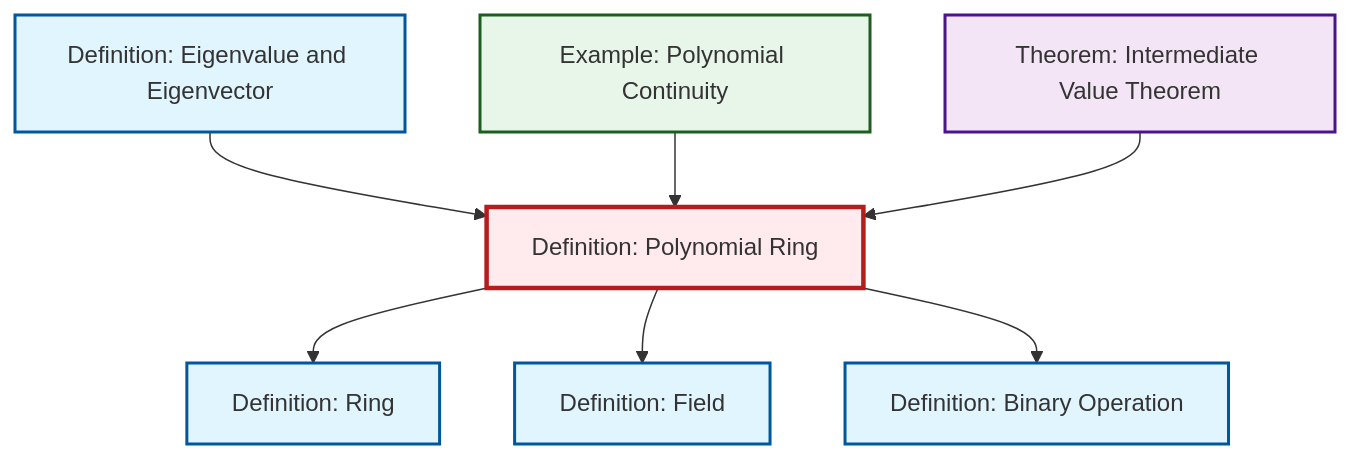
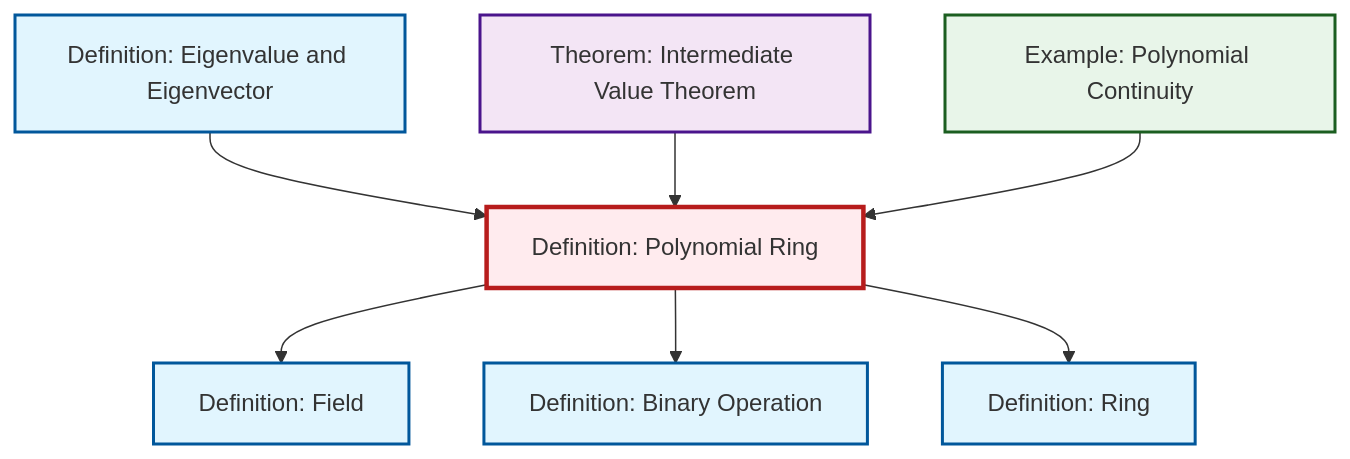
The diagram in content/ja/algebra/def-polynomial-ring.qmd (RK0429/ModernMath), drawn with Mermaid before and after one commit. The commit also changed other lines of this file and 581 other files, not shown here.

````diff
--- a/content/ja/algebra/def-polynomial-ring.qmd
+++ b/content/ja/algebra/def-polynomial-ring.qmd
@@ -94,29 +94,29 @@
 ```{mermaid}
 %%| fig-cap: "Local dependency graph"
 graph TD
     classDef definition fill:#e1f5fe,stroke:#01579b,stroke-width:2px
     classDef theorem fill:#f3e5f5,stroke:#4a148c,stroke-width:2px
     classDef axiom fill:#fff3e0,stroke:#e65100,stroke-width:2px
     classDef example fill:#e8f5e9,stroke:#1b5e20,stroke-width:2px
     classDef current fill:#ffebee,stroke:#b71c1c,stroke-width:3px
-    def-field["Definition: Field"]:::definition
+    def-binary-operation["Definition: Binary Operation"]:::definition
     def-ring["Definition: Ring"]:::definition
+    def-eigenvalue-eigenvector["Definition: Eigenvalue and Eigenvector"]:::definition
+    ex-polynomial-continuity["Example: Polynomial Continuity"]:::example
     def-polynomial-ring["Definition: Polynomial Ring"]:::definition
     thm-intermediate-value["Theorem: Intermediate Value Theorem"]:::theorem
-    def-binary-operation["Definition: Binary Operation"]:::definition
-    ex-polynomial-continuity["Example: Polynomial Continuity"]:::example
-    def-eigenvalue-eigenvector["Definition: Eigenvalue and Eigenvector"]:::definition
-    def-eigenvalue-eigenvector --> def-polynomial-ring
-    ex-polynomial-continuity --> def-polynomial-ring
-    def-polynomial-ring --> def-ring
+    def-field["Definition: Field"]:::definition
     def-polynomial-ring --> def-field
     def-polynomial-ring --> def-binary-operation
+    def-eigenvalue-eigenvector --> def-polynomial-ring
+    def-polynomial-ring --> def-ring
     thm-intermediate-value --> def-polynomial-ring
+    ex-polynomial-continuity --> def-polynomial-ring
     class def-polynomial-ring current
+    click def-binary-operation "def-binary-operation.html" "Definition: Binary Operationへ"
+    click def-ring "def-ring.html" "Definition: Ringへ"
+    click def-eigenvalue-eigenvector "def-eigenvalue-eigenvector.html" "Definition: Eigenvalue and Eigenvectorへ"
+    click ex-polynomial-continuity "ex-polynomial-continuity.html" "Example: Polynomial Continuityへ"
+    click thm-intermediate-value "thm-intermediate-value.html" "Theorem: Intermediate Value Theoremへ"
     click def-field "def-field.html" "Definition: Fieldへ"
-    click def-ring "def-ring.html" "Definition: Ringへ"
-    click thm-intermediate-value "thm-intermediate-value.html" "Theorem: Intermediate Value Theoremへ"
-    click def-binary-operation "def-binary-operation.html" "Definition: Binary Operationへ"
-    click ex-polynomial-continuity "ex-polynomial-continuity.html" "Example: Polynomial Continuityへ"
-    click def-eigenvalue-eigenvector "def-eigenvalue-eigenvector.html" "Definition: Eigenvalue and Eigenvectorへ"
 ```
````
